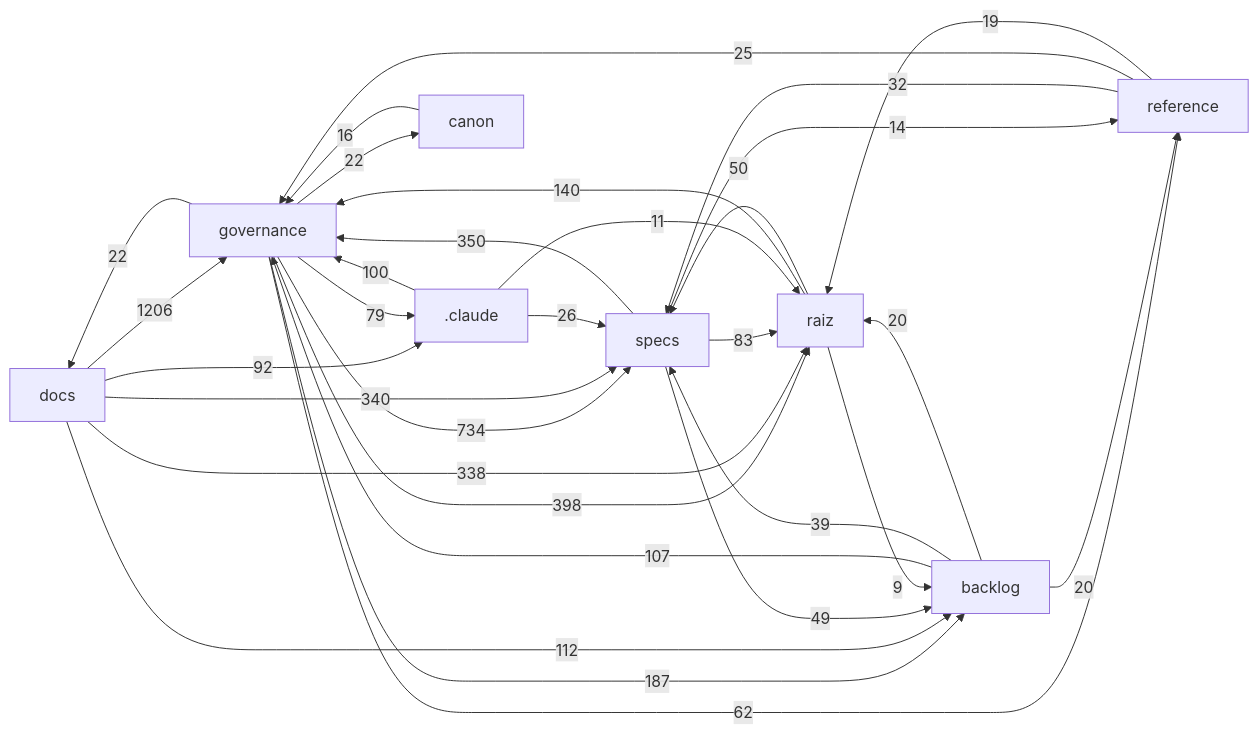
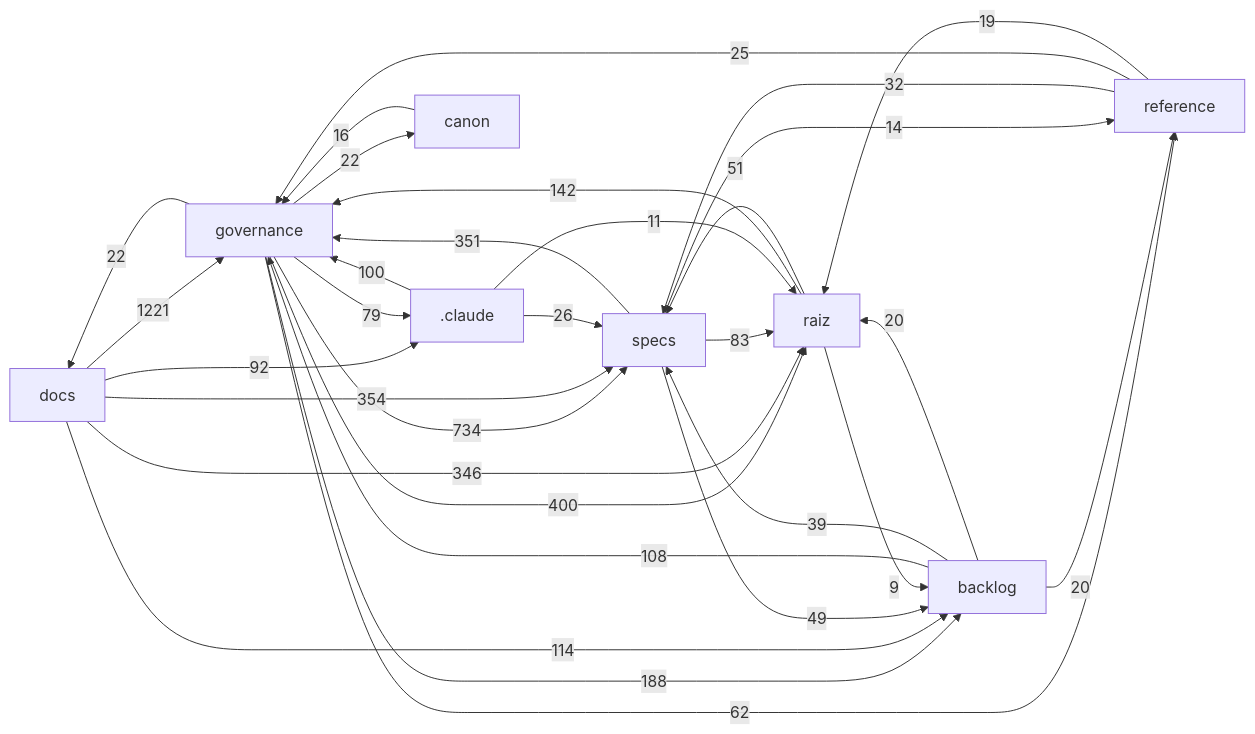
The diagram in docs/mapa/MAPA-PROJETO.md (Andraus35/Sistema-Operacional-de-Trading--SOT), drawn with Mermaid before and after one commit. The commit also changed other lines of this file and 10 other files, not shown here.

First line of the commit message:
DHR-SPEC048-001: homologacao da abertura da SPEC-048 e slot SPEC-049 (WikiRAG Reading View); ROADMAP, CATALOGO, BL-017/BL-010 (gatilho aditivo), notas aditivas; anexo consumido; HANDOFF HO-75

````diff
--- a/docs/mapa/MAPA-PROJETO.md
+++ b/docs/mapa/MAPA-PROJETO.md
@@ -29,33 +29,33 @@
 ```mermaid
 flowchart LR
-  docs["docs"] -->|1206| governance["governance"]
+  docs["docs"] -->|1221| governance["governance"]
   governance["governance"] -->|734| specs["specs"]
-  governance["governance"] -->|398| raiz["raiz"]
-  specs["specs"] -->|350| governance["governance"]
-  docs["docs"] -->|340| specs["specs"]
-  docs["docs"] -->|338| raiz["raiz"]
-  governance["governance"] -->|187| backlog["backlog"]
-  raiz["raiz"] -->|140| governance["governance"]
-  docs["docs"] -->|112| backlog["backlog"]
-  backlog["backlog"] -->|107| governance["governance"]
+  governance["governance"] -->|400| raiz["raiz"]
+  docs["docs"] -->|354| specs["specs"]
+  specs["specs"] -->|351| governance["governance"]
+  docs["docs"] -->|346| raiz["raiz"]
+  governance["governance"] -->|188| backlog["backlog"]
+  raiz["raiz"] -->|142| governance["governance"]
+  docs["docs"] -->|114| backlog["backlog"]
+  backlog["backlog"] -->|108| governance["governance"]
   _claude[".claude"] -->|100| governance["governance"]
   docs["docs"] -->|92| _claude[".claude"]
   specs["specs"] -->|83| raiz["raiz"]
   governance["governance"] -->|79| _claude[".claude"]
   governance["governance"] -->|62| reference["reference"]
-  raiz["raiz"] -->|50| specs["specs"]
+  raiz["raiz"] -->|51| specs["specs"]
   specs["specs"] -->|49| backlog["backlog"]
   backlog["backlog"] -->|39| specs["specs"]
   reference["reference"] -->|32| specs["specs"]
   _claude[".claude"] -->|26| specs["specs"]
   reference["reference"] -->|25| governance["governance"]
   governance["governance"] -->|22| docs["docs"]
   governance["governance"] -->|22| canon["canon"]
   backlog["backlog"] -->|20| raiz["raiz"]
   backlog["backlog"] -->|20| reference["reference"]
   reference["reference"] -->|19| raiz["raiz"]
   canon["canon"] -->|16| governance["governance"]
   specs["specs"] -->|14| reference["reference"]
   _claude[".claude"] -->|11| raiz["raiz"]
   raiz["raiz"] -->|9| backlog["backlog"]
 ```
````
